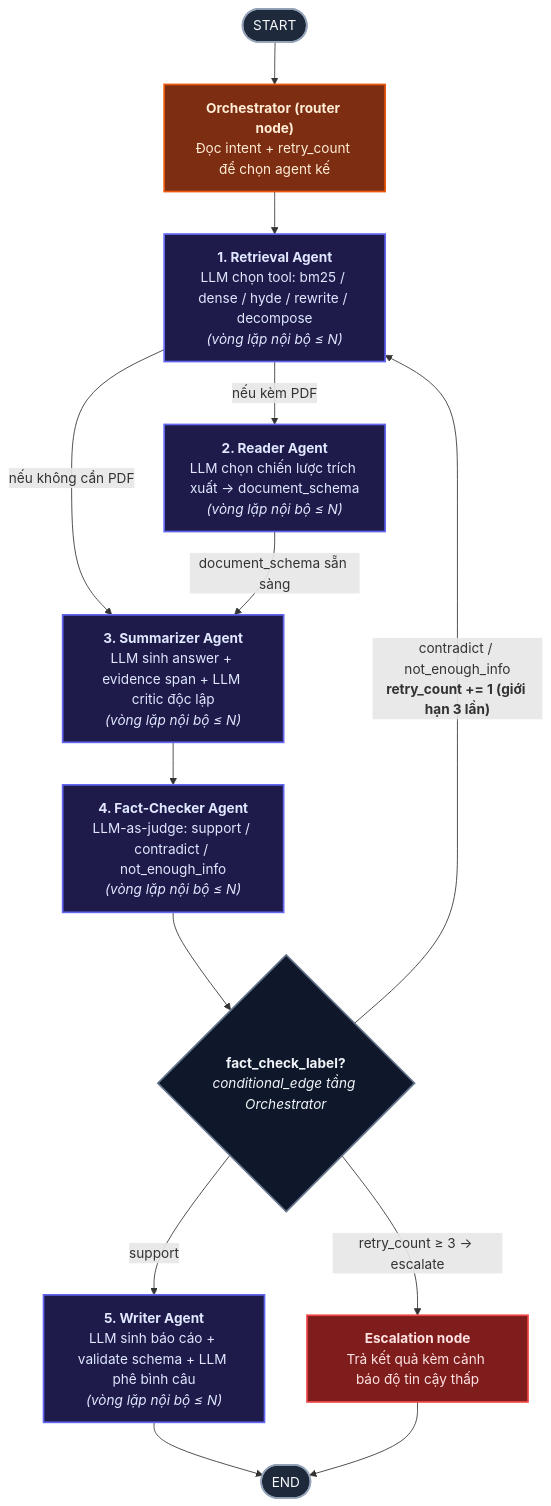
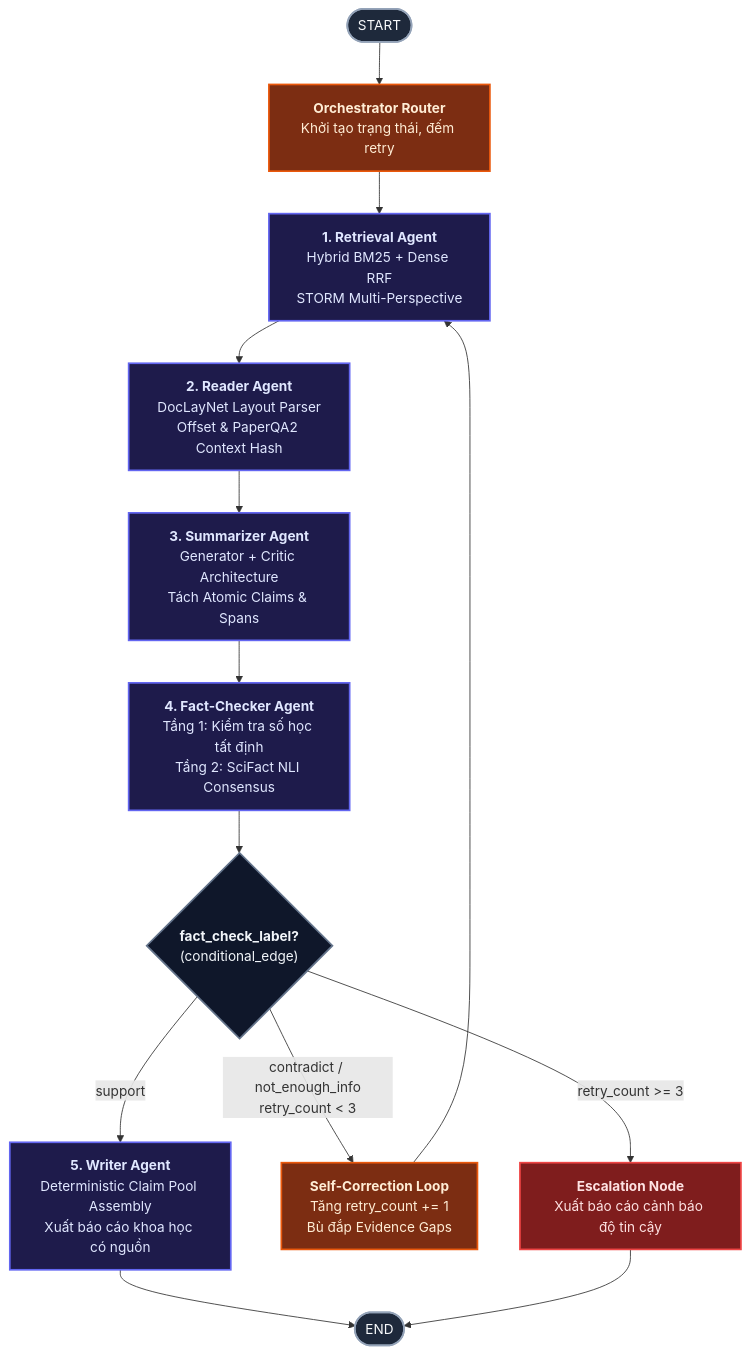
One commit to ducmanh-jr/Multi-Agent_RAG changed the diagram in README.md. Above: the diagram before and after it, drawn with Mermaid. The commit also changed other lines of this file and 29 other files, not shown here.

````diff
--- a/README.md
+++ b/README.md
@@ -13,29 +9,31 @@
 ```mermaid
 flowchart TD
-    %% Styling
     classDef startEnd fill:#1e293b,stroke:#94a3b8,stroke-width:2px,color:#f8fafc;
     classDef orchestrator fill:#7c2d12,stroke:#ea580c,stroke-width:2px,color:#ffedd5;
     classDef agent fill:#1e1b4b,stroke:#6366f1,stroke-width:2px,color:#e0e7ff;
     classDef decision fill:#0f172a,stroke:#64748b,stroke-width:2px,color:#f1f5f9;
     classDef escalation fill:#7f1d1d,stroke:#ef4444,stroke-width:2px,color:#fee2e2;
 
-    START([START]):::startEnd --> Orchestrator["<b>Orchestrator (router node)</b><br/>Đọc intent + retry_count để chọn agent kế"]:::orchestrator
+    START([START]):::startEnd --> Orchestrator["<b>Orchestrator Router</b><br/>Khởi tạo trạng thái, đếm retry"]:::orchestrator
 
-    Orchestrator --> Agent1["<b>1. Retrieval Agent</b><br/>LLM chọn tool: bm25 / dense / hyde / rewrite / decompose<br/><i>(vòng lặp nội bộ ≤ N)</i>"]:::agent
+    Orchestrator --> Agent1["<b>1. Retrieval Agent</b><br/>Hybrid BM25 + Dense RRF<br/>STORM Multi-Perspective"]:::agent
 
-    Agent1 -->|"nếu kèm PDF"| Agent2["<b>2. Reader Agent</b><br/>LLM chọn chiến lược trích xuất → document_schema<br/><i>(vòng lặp nội bộ ≤ N)</i>"]:::agent
-    Agent1 -->|"nếu không cần PDF"| Agent3["<b>3. Summarizer Agent</b><br/>LLM sinh answer + evidence span + LLM critic độc lập<br/><i>(vòng lặp nội bộ ≤ N)</i>"]:::agent
+    Agent1 --> Agent2["<b>2. Reader Agent</b><br/>DocLayNet Layout Parser<br/>Offset & PaperQA2 Context Hash"]:::agent
 
-    Agent2 -->|"document_schema sẵn sàng"| Agent3
+    Agent2 --> Agent3["<b>3. Summarizer Agent</b><br/>Generator + Critic Architecture<br/>Tách Atomic Claims & Spans"]:::agent
 
-    Agent3 --> Agent4["<b>4. Fact-Checker Agent</b><br/>LLM-as-judge: support / contradict / not_enough_info<br/><i>(vòng lặp nội bộ ≤ N)</i>"]:::agent
+    Agent3 --> Agent4["<b>4. Fact-Checker Agent</b><br/>Tầng 1: Kiểm tra số học tất định<br/>Tầng 2: SciFact NLI Consensus"]:::agent
 
-    Agent4 --> CondEdge{"<b>fact_check_label?</b><br/><i>conditional_edge tầng Orchestrator</i>"}:::decision
+    Agent4 --> CondEdge{"<b>fact_check_label?</b><br/>(conditional_edge)"}:::decision
 
-    CondEdge -->|"contradict / not_enough_info<br/><b>retry_count += 1 (giới hạn 3 lần)</b>"| Agent1
-    CondEdge -->|"support"| Agent5["<b>5. Writer Agent</b><br/>LLM sinh báo cáo + validate schema + LLM phê bình câu<br/><i>(vòng lặp nội bộ ≤ N)</i>"]:::agent
-    CondEdge -->|"retry_count ≥ 3 → escalate"| Escalation["<b>Escalation node</b><br/>Trả kết quả kèm cảnh báo độ tin cậy thấp"]:::escalation
+    CondEdge -->|"support"| Agent5["<b>5. Writer Agent</b><br/>Deterministic Claim Pool Assembly<br/>Xuất báo cáo khoa học có nguồn"]:::agent
+
+    CondEdge -->|"contradict / not_enough_info<br/>retry_count < 3"| RetryNode["<b>Self-Correction Loop</b><br/>Tăng retry_count += 1<br/>Bù đắp Evidence Gaps"]:::orchestrator
+    
+    RetryNode --> Agent1
+
+    CondEdge -->|"retry_count >= 3"| Escalation["<b>Escalation Node</b><br/>Xuất báo cáo cảnh báo độ tin cậy"]:::escalation
 
     Agent5 --> END([END]):::startEnd
     Escalation --> END
 ```
````
